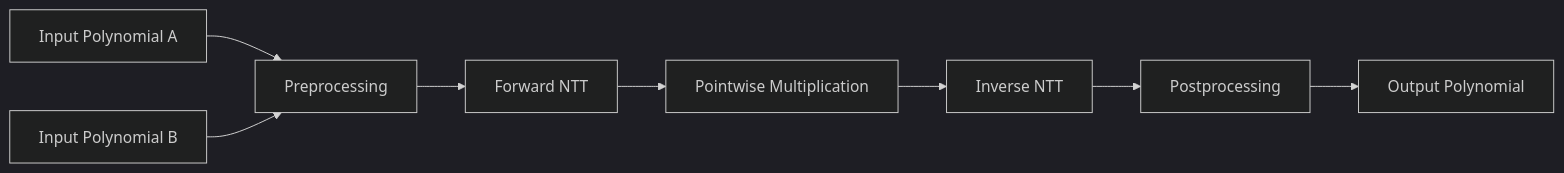
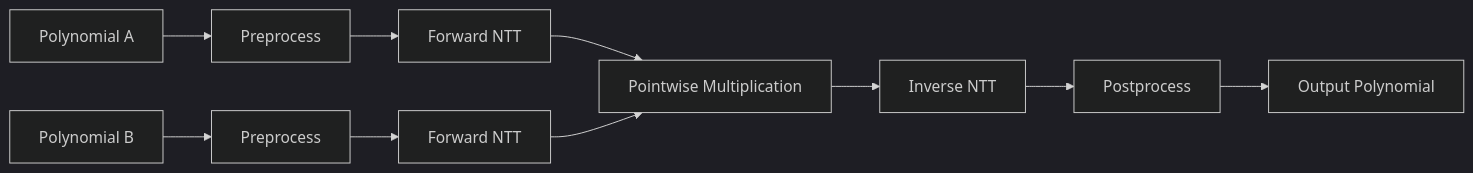
One commit to AspiringPianist/fermat-conv-hardware changed the diagram in README.md. Above: the diagram before and after it, drawn with Mermaid (dark theme). The commit also changed other lines of this file and 13 other files, not shown here.

````diff
--- a/README.md
+++ b/README.md
@@ -34,19 +25,21 @@
 ```mermaid
 flowchart LR
 
-A[Input Polynomial A]
-B[Input Polynomial B]
+A[Polynomial A]
+B[Polynomial B]
 
-A --> C[Preprocessing]
-B --> C
+A --> C[Preprocess]
+B --> D[Preprocess]
 
-C --> D[Forward NTT]
+C --> E[Forward NTT]
+D --> F[Forward NTT]
 
-D --> E[Pointwise Multiplication]
+E --> G[Pointwise Multiplication]
+F --> G
 
-E --> F[Inverse NTT]
+G --> H[Inverse NTT]
 
-F --> G[Postprocessing]
+H --> I[Postprocess]
 
-G --> H[Output Polynomial]
+I --> J[Output Polynomial]
 ```
````
